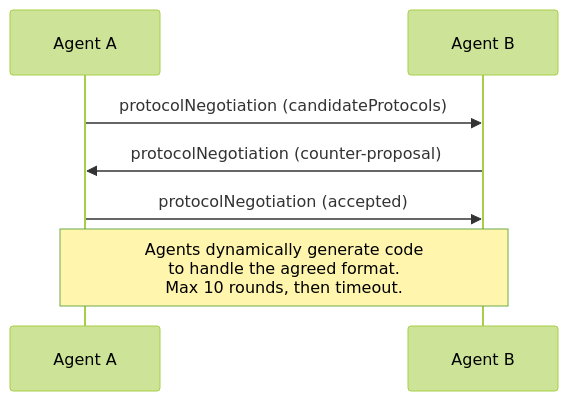
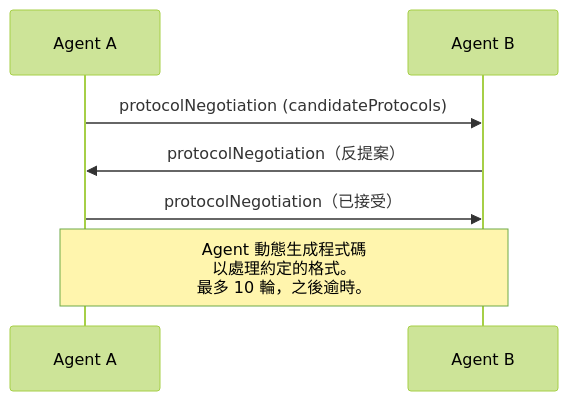
The tenth of 13 diagrams in i18n/zh-TW/phases/16-multi-agent-and-swarms/03-communication-protocols/docs/zh-TW.md (edward821220/ai-engineering-from-scratch), drawn with Mermaid (forest theme) before and after one commit. The commit also changed other lines of this file and 43 other files, not shown here.

````diff
--- a/i18n/zh-TW/phases/16-multi-agent-and-swarms/03-communication-protocols/docs/zh-TW.md
+++ b/i18n/zh-TW/phases/16-multi-agent-and-swarms/03-communication-protocols/docs/zh-TW.md
@@ -508,10 +508,10 @@
 ```mermaid
 sequenceDiagram
     participant A as Agent A
     participant B as Agent B
 
     A->>B: protocolNegotiation (candidateProtocols)
-    B->>A: protocolNegotiation (counter-proposal)
-    A->>B: protocolNegotiation (accepted)
-    Note over A,B: Agents dynamically generate code<br/>to handle the agreed format.<br/>Max 10 rounds, then timeout.
+    B->>A: protocolNegotiation（反提案）
+    A->>B: protocolNegotiation（已接受）
+    Note over A,B: Agent 動態生成程式碼<br/>以處理約定的格式。<br/>最多 10 輪，之後逾時。
 ```
````
